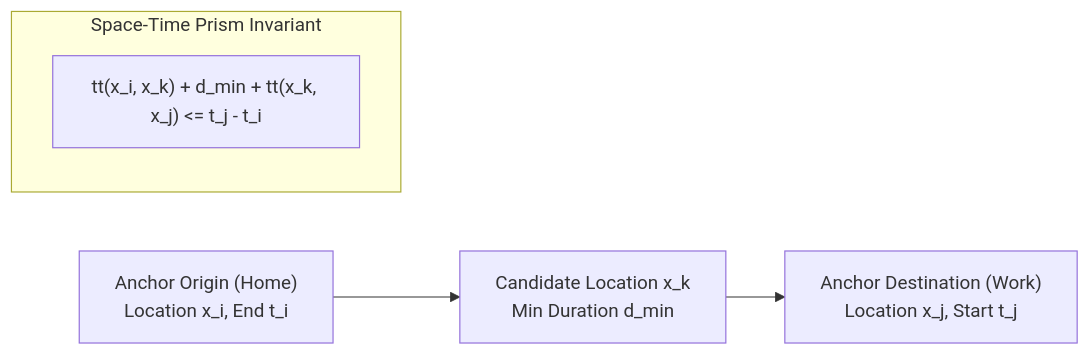
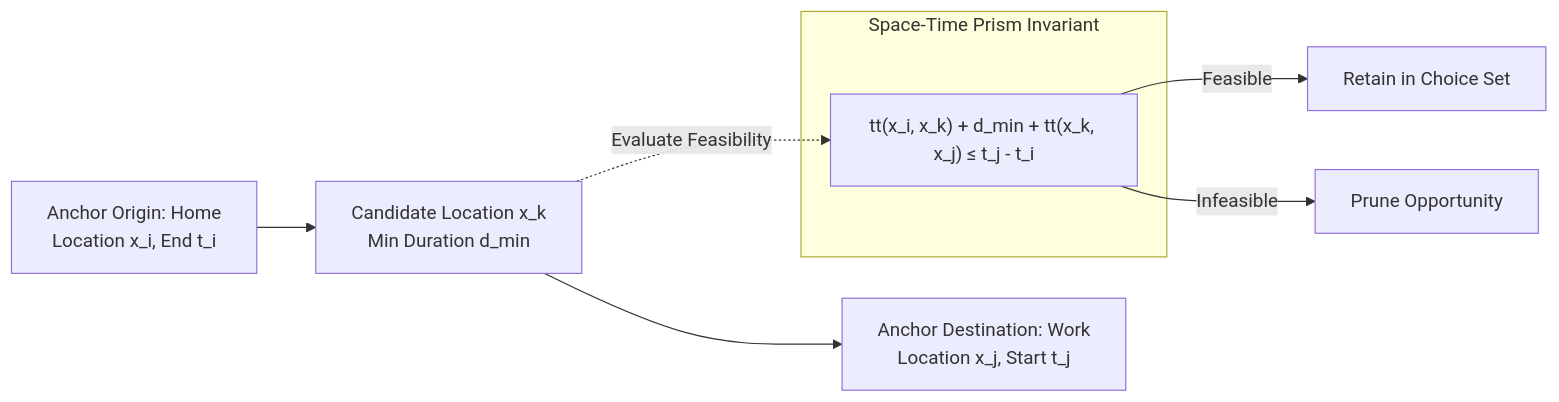
Before and after one commit to rskris/nextgen_abm: the fourth of 6 diagrams in technical_features.md, drawn with Mermaid. The commit also changed other lines of this file and 1 other file, not shown here.

Commit message:
fix(docs): Repair Mermaid diagram syntax and flowcharts across documentation

````diff
--- a/technical_features.md
+++ b/technical_features.md
@@ -295,9 +296,14 @@
 ```mermaid
 flowchart LR
-    Origin["Anchor Origin (Home)\nLocation x_i, End t_i"] --> Candidate["Candidate Location x_k\nMin Duration d_min"]
-    Candidate --> Destination["Anchor Destination (Work)\nLocation x_j, Start t_j"]
+    Origin["Anchor Origin: Home<br/>Location x_i, End t_i"] --> Candidate["Candidate Location x_k<br/>Min Duration d_min"]
+    Candidate --> Destination["Anchor Destination: Work<br/>Location x_j, Start t_j"]
+    
+    Candidate -.->|"Evaluate Feasibility"| Check
     
     subgraph FeasibilityCheck ["Space-Time Prism Invariant"]
-        Check["tt(x_i, x_k) + d_min + tt(x_k, x_j) <= t_j - t_i"]
+        Check["tt(x_i, x_k) + d_min + tt(x_k, x_j) &le; t_j - t_i"]
     end
+    
+    Check -->|"Feasible"| Keep["Retain in Choice Set"]
+    Check -->|"Infeasible"| Prune["Prune Opportunity"]
 ```
````
